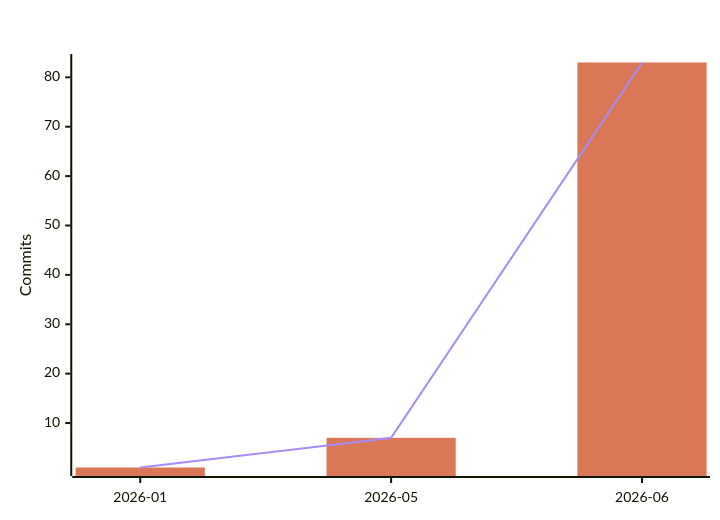
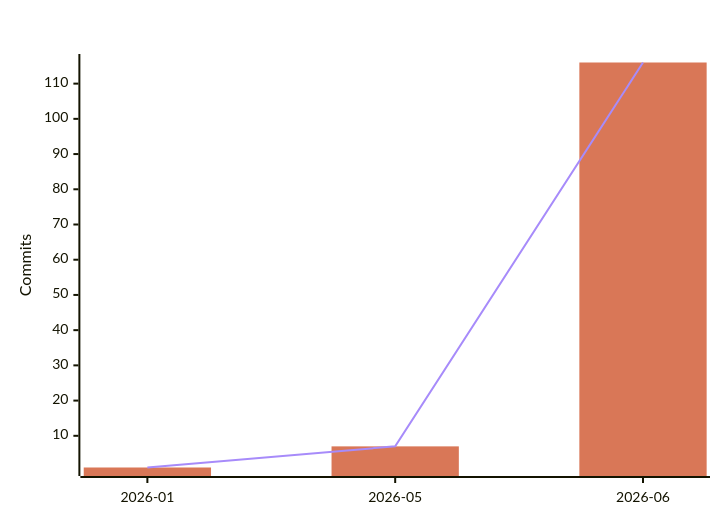
The fourth of 7 diagrams in README.md (polo-nyan/polo-nyan), drawn with Mermaid before and after one commit. The commit also changed other lines of this file and 1 other file, not shown here.

````diff
--- a/README.md
+++ b/README.md
@@ -246,9 +246,9 @@
 ```mermaid
 %%{init: {"xyChart": {"titleColor": "#ffffff", "xAxisLabelColor": "#ffffff", "yAxisLabelColor": "#ffffff"}, "themeVariables": {"xyChart": {"titleColor": "#ffffff", "plotColorPalette": "#d97757, #a78bfa"}}}}%%
 xychart-beta
     title "AI-Assisted Commits Per Month"
     x-axis ["2026-01", "2026-05", "2026-06"]
     y-axis "Commits"
-    bar [1, 7, 83]
-    line [1, 7, 83]
+    bar [1, 7, 116]
+    line [1, 7, 116]
 ```
````
